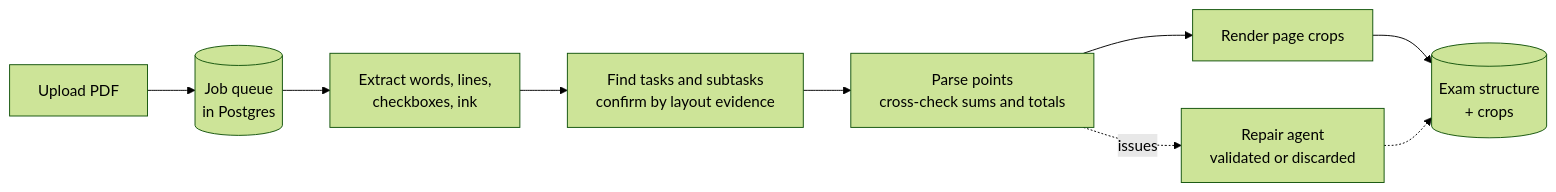
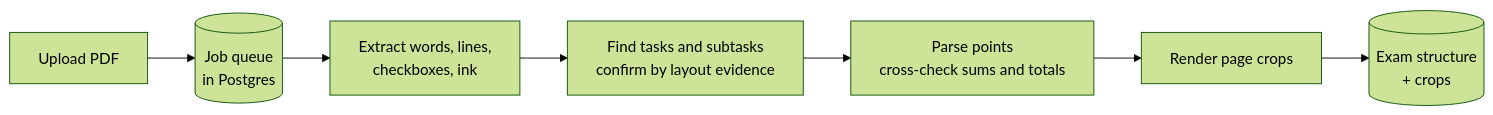
The first of 2 diagrams in README.md (ersan-eke/exams), drawn with Mermaid (forest theme) before and after one commit. The commit also changed other lines of this file and 16 other files, not shown here.

````diff
--- a/README.md
+++ b/README.md
@@ -41,11 +42,9 @@
 ```mermaid
 flowchart LR
     U[Upload PDF] --> Q[(Job queue<br/>in Postgres)]
     Q --> X[Extract words, lines,<br/>checkboxes, ink]
     X --> S[Find tasks and subtasks<br/>confirm by layout evidence]
     S --> P[Parse points<br/>cross-check sums and totals]
     P --> R[Render page crops]
     R --> E[(Exam structure<br/>+ crops)]
-    P -. issues .-> A[Repair agent<br/>validated or discarded]
-    A -.-> E
 ```
````
